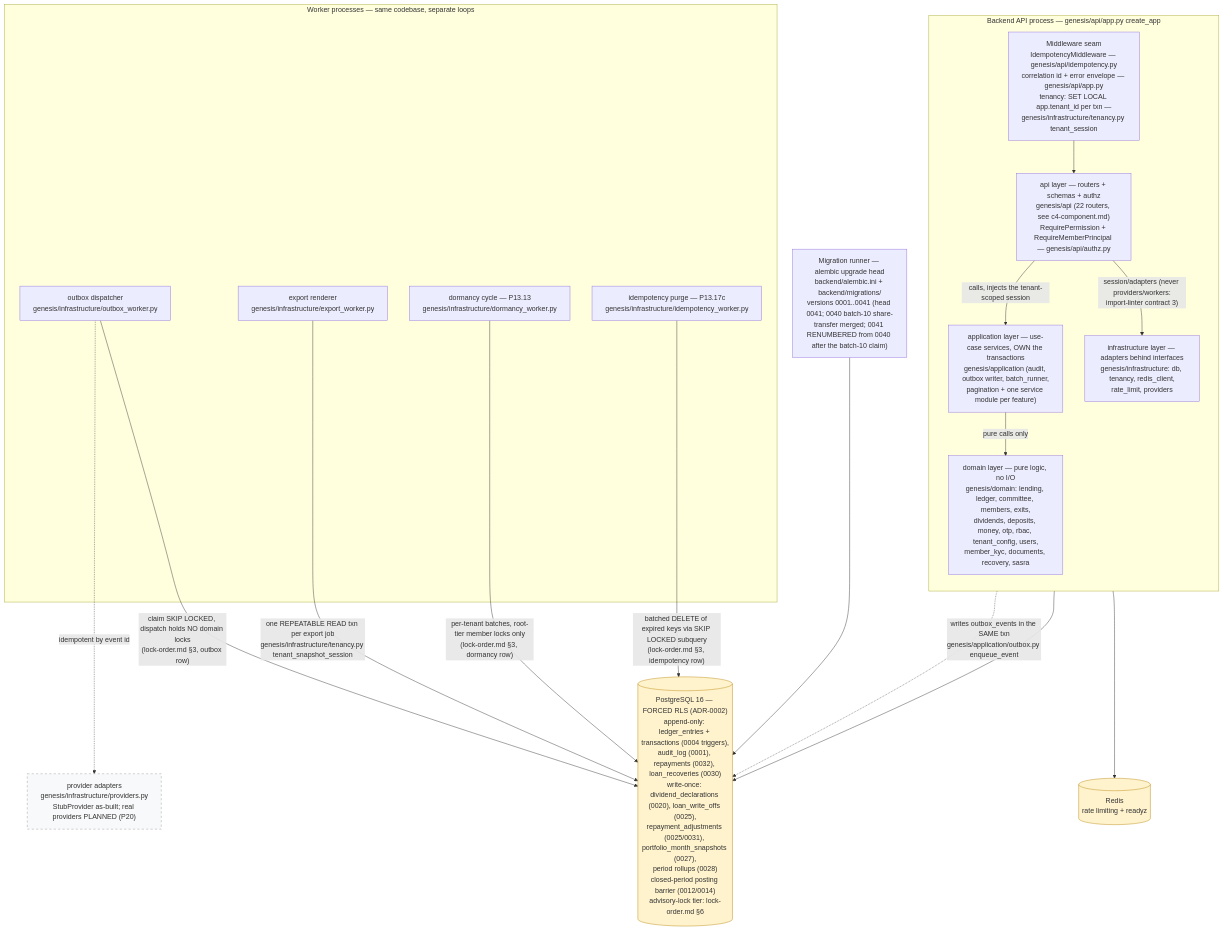
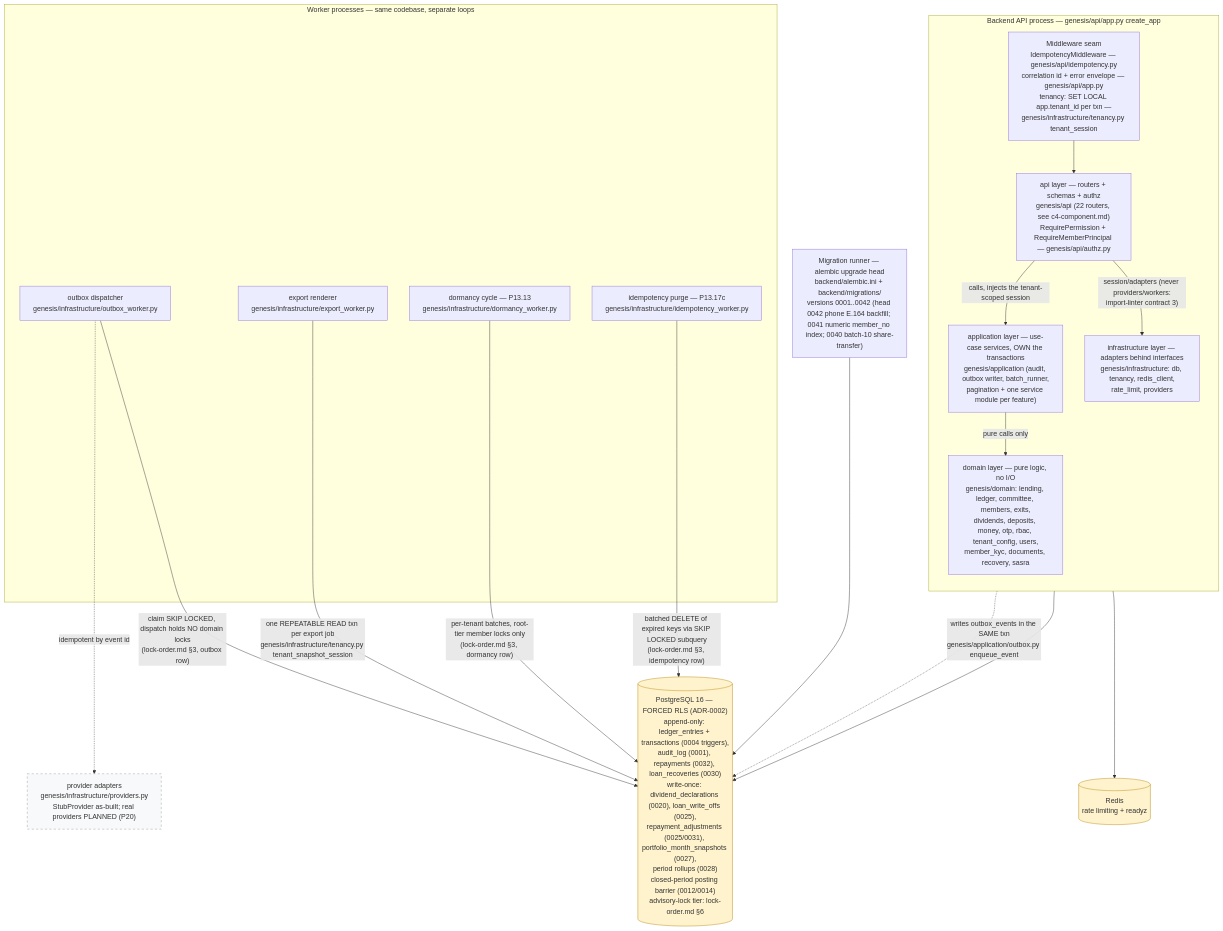
The diagram in docs/diagrams/c4-container.md (Benson-Kim/genesis-sacco), drawn with Mermaid before and after one commit. The commit also changed other lines of this file and 3 other files, not shown here.

First line of the commit message:
remediate: CI round 1 — users.py parse_phone import, C4 head refresh to 0042, blur-test arg assertion

````diff
--- a/docs/diagrams/c4-container.md
+++ b/docs/diagrams/c4-container.md
@@ -57,45 +62,45 @@
 ```mermaid
 flowchart TB
     %% Authored against main @ 08541b860f1445b16c342c39b6606d86b9dbeb17
     %% L2 containers — layering per backend/pyproject.toml [tool.importlinter].
 
     subgraph BE["Backend API process — genesis/api/app.py create_app"]
         direction TB
         MW["Middleware seam<br/>IdempotencyMiddleware — genesis/api/idempotency.py<br/>correlation id + error envelope — genesis/api/app.py<br/>tenancy: SET LOCAL app.tenant_id per txn —<br/>genesis/infrastructure/tenancy.py tenant_session"]
         APIL["api layer — routers + schemas + authz<br/>genesis/api (22 routers, see c4-component.md)<br/>RequirePermission + RequireMemberPrincipal — genesis/api/authz.py"]
         APPL["application layer — use-case services, OWN the transactions<br/>genesis/application (audit, outbox writer, batch_runner,<br/>pagination + one service module per feature)"]
         DOM["domain layer — pure logic, no I/O<br/>genesis/domain: lending, ledger, committee, members, exits,<br/>dividends, deposits, money, otp, rbac, tenant_config, users,<br/>member_kyc, documents, recovery, sasra"]
         INF["infrastructure layer — adapters behind interfaces<br/>genesis/infrastructure: db, tenancy, redis_client,<br/>rate_limit, providers"]
         MW --> APIL
         APIL -->|"calls, injects the tenant-scoped session"| APPL
         APPL -->|"pure calls only"| DOM
         APIL -->|"session/adapters (never providers/workers:<br/>import-linter contract 3)"| INF
     end
 
     subgraph WK["Worker processes — same codebase, separate loops"]
         OBW["outbox dispatcher<br/>genesis/infrastructure/outbox_worker.py"]
         EXW["export renderer<br/>genesis/infrastructure/export_worker.py"]
         DMW["dormancy cycle — P13.13<br/>genesis/infrastructure/dormancy_worker.py"]
         IDW["idempotency purge — P13.17c<br/>genesis/infrastructure/idempotency_worker.py"]
     end
 
-    MIG["Migration runner — alembic upgrade head<br/>backend/alembic.ini + backend/migrations/<br/>versions 0001..0041 (head 0041; 0040 batch-10 share-transfer merged; 0041 RENUMBERED from 0040 after the batch-10 claim)"]
+    MIG["Migration runner — alembic upgrade head<br/>backend/alembic.ini + backend/migrations/<br/>versions 0001..0042 (head 0042 phone E.164 backfill; 0041 numeric member_no index; 0040 batch-10 share-transfer)"]
 
     PG[("PostgreSQL 16 — FORCED RLS (ADR-0002)<br/>append-only: ledger_entries + transactions (0004 triggers),<br/>audit_log (0001), repayments (0032), loan_recoveries (0030)<br/>write-once: dividend_declarations (0020), loan_write_offs (0025),<br/>repayment_adjustments (0025/0031), portfolio_month_snapshots (0027),<br/>period rollups (0028)<br/>closed-period posting barrier (0012/0014)<br/>advisory-lock tier: lock-order.md §6")]
     RD[("Redis<br/>rate limiting + readyz")]
 
     APPL -.->|"writes outbox_events in the SAME txn<br/>genesis/application/outbox.py enqueue_event"| PG
     INF --> PG
     INF --> RD
     OBW -->|"claim SKIP LOCKED, dispatch holds NO domain locks<br/>(lock-order.md §3, outbox row)"| PG
     EXW -->|"one REPEATABLE READ txn per export job<br/>genesis/infrastructure/tenancy.py tenant_snapshot_session"| PG
     DMW -->|"per-tenant batches, root-tier member locks only<br/>(lock-order.md §3, dormancy row)"| PG
     IDW -->|"batched DELETE of expired keys via SKIP LOCKED subquery<br/>(lock-order.md §3, idempotency row)"| PG
     OBW -.->|"idempotent by event id"| PROV["provider adapters<br/>genesis/infrastructure/providers.py<br/>StubProvider as-built; real providers PLANNED (P20)"]
     MIG --> PG
 
     classDef store fill:#fff3cd,stroke:#b8860b;
     class PG,RD store;
     classDef planned fill:#f8f9fa,stroke:#999,stroke-dasharray: 5 5;
     class PROV planned;
 ```
````
